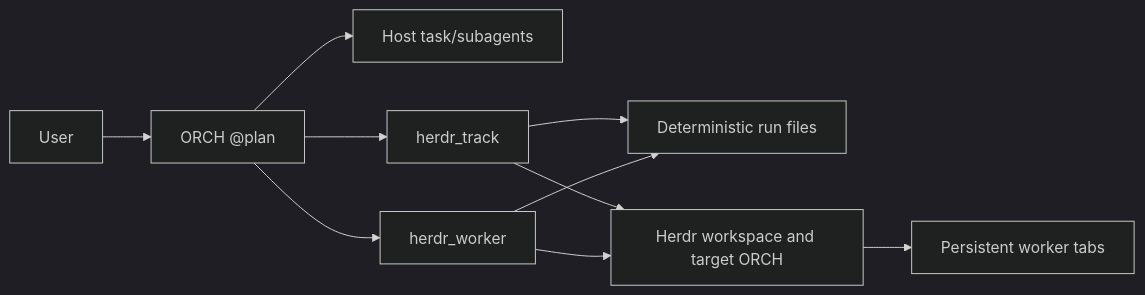
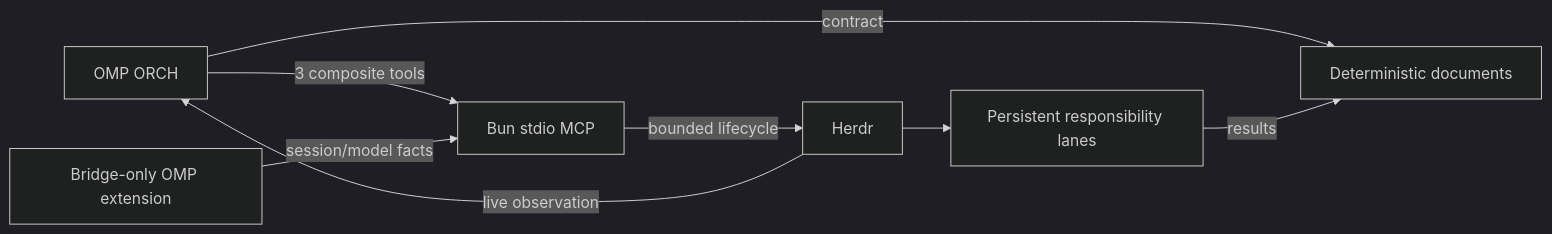
The first of 2 diagrams in docs/ARCHITECTURE.md (edgar-min/herdr-delegator), drawn with Mermaid (dark theme) before and after one commit. The commit also changed other lines of this file and 21 other files, not shown here.

Commit message:
feat: add persistent worker MCP control plane

````diff
--- a/docs/ARCHITECTURE.md
+++ b/docs/ARCHITECTURE.md
@@ -14,12 +18,10 @@
 ```mermaid
 flowchart LR
-  U[User] --> O[ORCH @plan]
-  O --> S[Host task/subagents]
-  O --> T[herdr_track]
-  O --> W[herdr_worker]
-  T --> R[Deterministic run files]
-  W --> R
-  T --> H[Herdr workspace and target ORCH]
-  W --> H
-  H --> P[Persistent worker tabs]
+  O[OMP ORCH] -->|contract| D[Deterministic documents]
+  O -->|3 composite tools| M[Bun stdio MCP]
+  X[Bridge-only OMP extension] -->|session/model facts| M
+  M -->|bounded lifecycle| H[Herdr]
+  H --> W[Persistent responsibility lanes]
+  W -->|results| D
+  H -->|live observation| O
 ```
````
